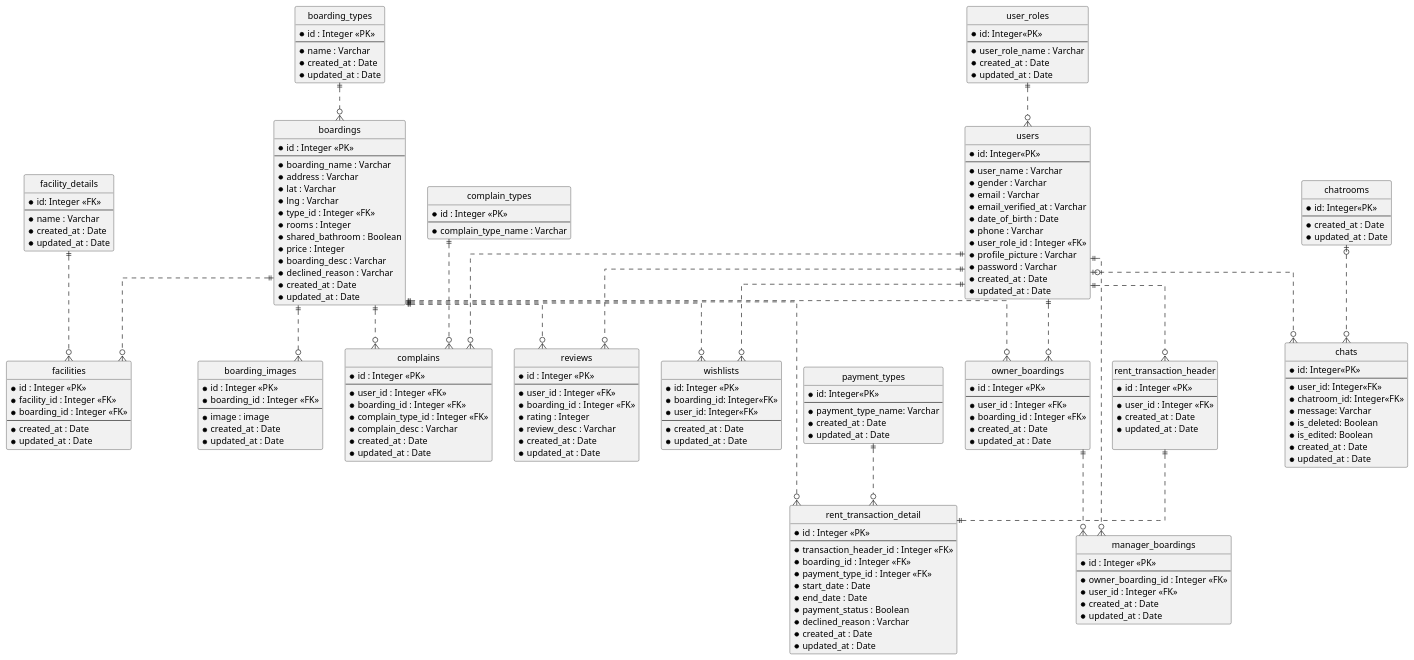
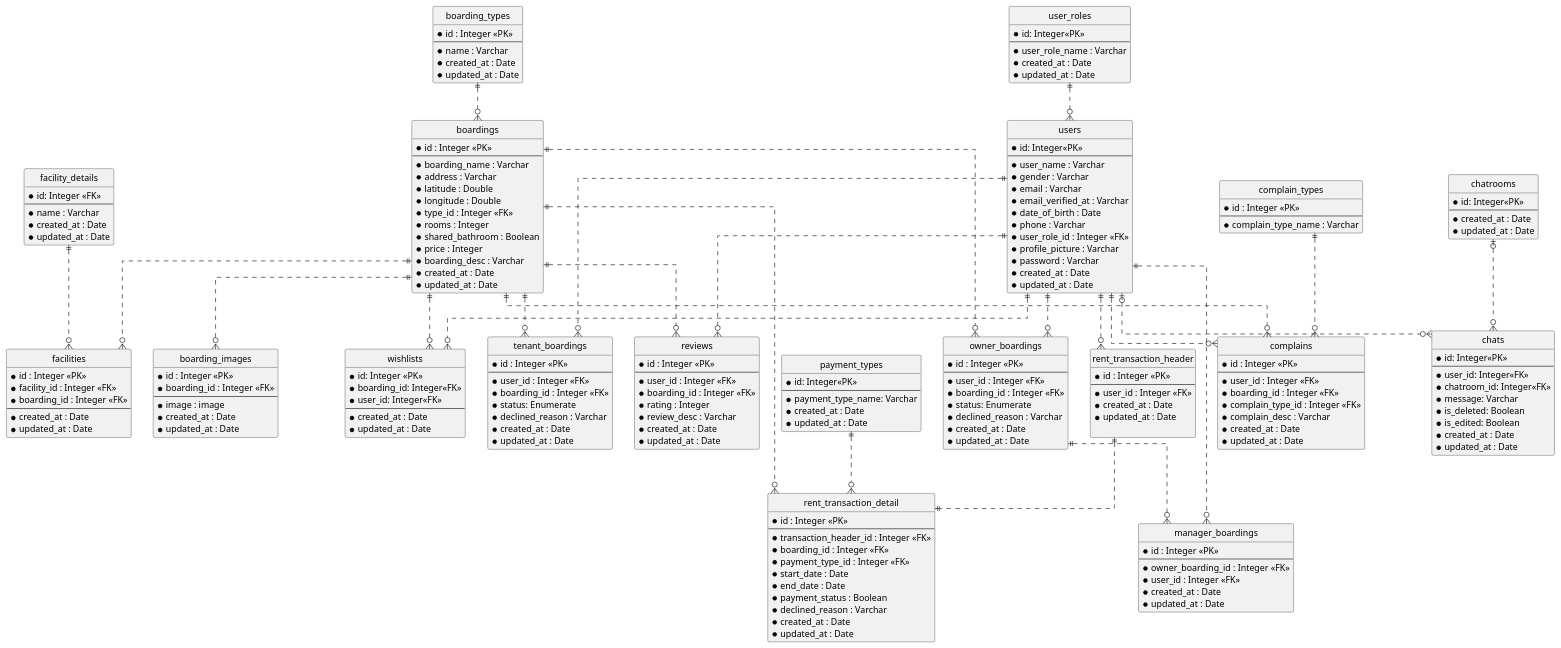
The diagram in Design/BHFMS_ERD.puml (AntWort21/BHFMS), drawn with PlantUML before and after one commit. The commit also changed 25 other files, not shown here.

Commit message:
DB Fixes & Add Tenant_Boarding Table

```diff
--- a/Design/BHFMS_ERD.puml
+++ b/Design/BHFMS_ERD.puml
@@ -42,14 +42,13 @@
   --
   *boarding_name : Varchar
   *address : Varchar
-  *lat : Varchar
-  *lng : Varchar
+  *latitude : Double
+  *longitude : Double
   *type_id : Integer <<FK>>
   *rooms : Integer
   *shared_bathroom : Boolean
   *price : Integer
   *boarding_desc : Varchar
-  *declined_reason : Varchar
   *created_at : Date
   *updated_at : Date
 }
@@ -104,12 +103,32 @@
   *updated_at : Date
 }
 
+' entity "boarding_status" as bhst{
+'     *id : Integer <<PK>>
+'     --
+'     *name : Varchar
+'     *created_at : Date
+'     *updated_at : Date
+' }
+
+entity "tenant_boardings" as tenbh {
+  *id : Integer <<PK>>
+  --
+  *user_id : Integer <<FK>>
+  *boarding_id : Integer <<FK>>
+  *status: Enumerate
+  *declined_reason : Varchar
+  *created_at : Date
+  *updated_at : Date
+}
 
 entity "owner_boardings" as lobh {
   *id : Integer <<PK>>
   --
   *user_id : Integer <<FK>>
   *boarding_id : Integer <<FK>>
+  *status: Enumerate
+  *declined_reason : Varchar
   *created_at : Date
   *updated_at : Date
 }
@@ -201,6 +220,9 @@
 usr ||..o{ lobh
 bh ||..o{ lobh
 
+usr ||..o{ tenbh
+bh ||..o{ tenbh
+
 usr ||..o{ mabh
 lobh ||..o{ mabh
 
```
